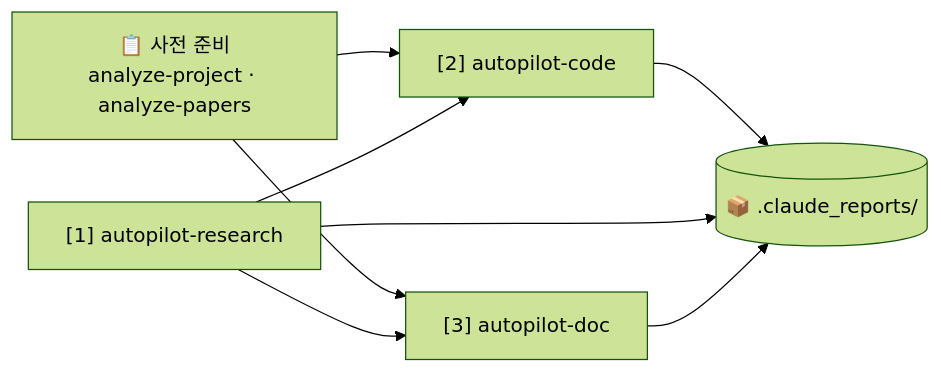
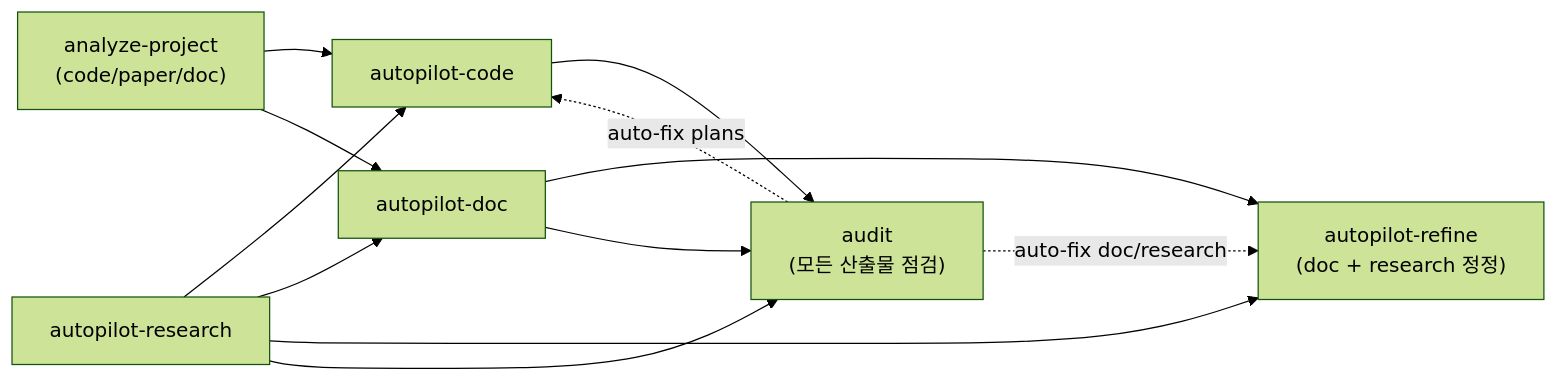
One commit to dmlguq456/claude_setting changed the first of 2 diagrams in skills/sync-skills/SKILL.md. Above: the diagram before and after it, drawn with Mermaid (forest theme). The commit also changed other lines of this file and 4 other files, not shown here.

````diff
--- a/skills/sync-skills/SKILL.md
+++ b/skills/sync-skills/SKILL.md
@@ -95,15 +125,20 @@
 ```mermaid
 flowchart LR
-    PREP["📋 사전 준비<br/>analyze-project · analyze-papers"]
-    R["[1] autopilot-research"]
-    C["[2] autopilot-code"]
-    D["[3] autopilot-doc"]
-    OUT[("📦 .claude_reports/")]
-    PREP --> C
-    PREP --> D
-    R --> D
-    R --> C
-    C --> OUT
-    R --> OUT
-    D --> OUT
+    ANA["analyze-project<br/>(code/paper/doc)"]
+    RES["autopilot-research"]
+    CODE["autopilot-code"]
+    DOC["autopilot-doc"]
+    REF["autopilot-refine<br/>(doc + research 정정)"]
+    AUD["audit<br/>(모든 산출물 점검)"]
+    ANA --> CODE
+    ANA --> DOC
+    RES --> CODE
+    RES --> DOC
+    RES --> REF
+    DOC --> REF
+    RES --> AUD
+    DOC --> AUD
+    CODE --> AUD
+    AUD -.->|auto-fix doc/research| REF
+    AUD -.->|auto-fix plans| CODE
 ```
````
